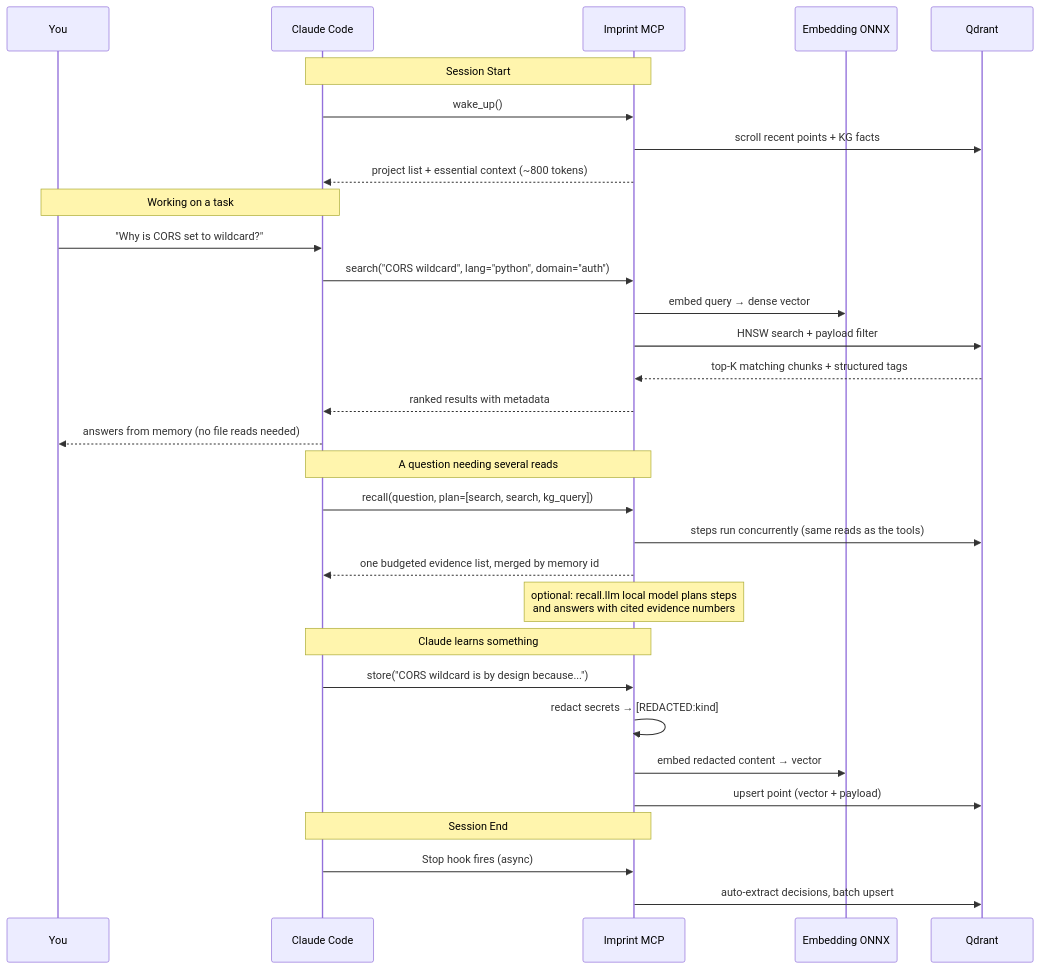
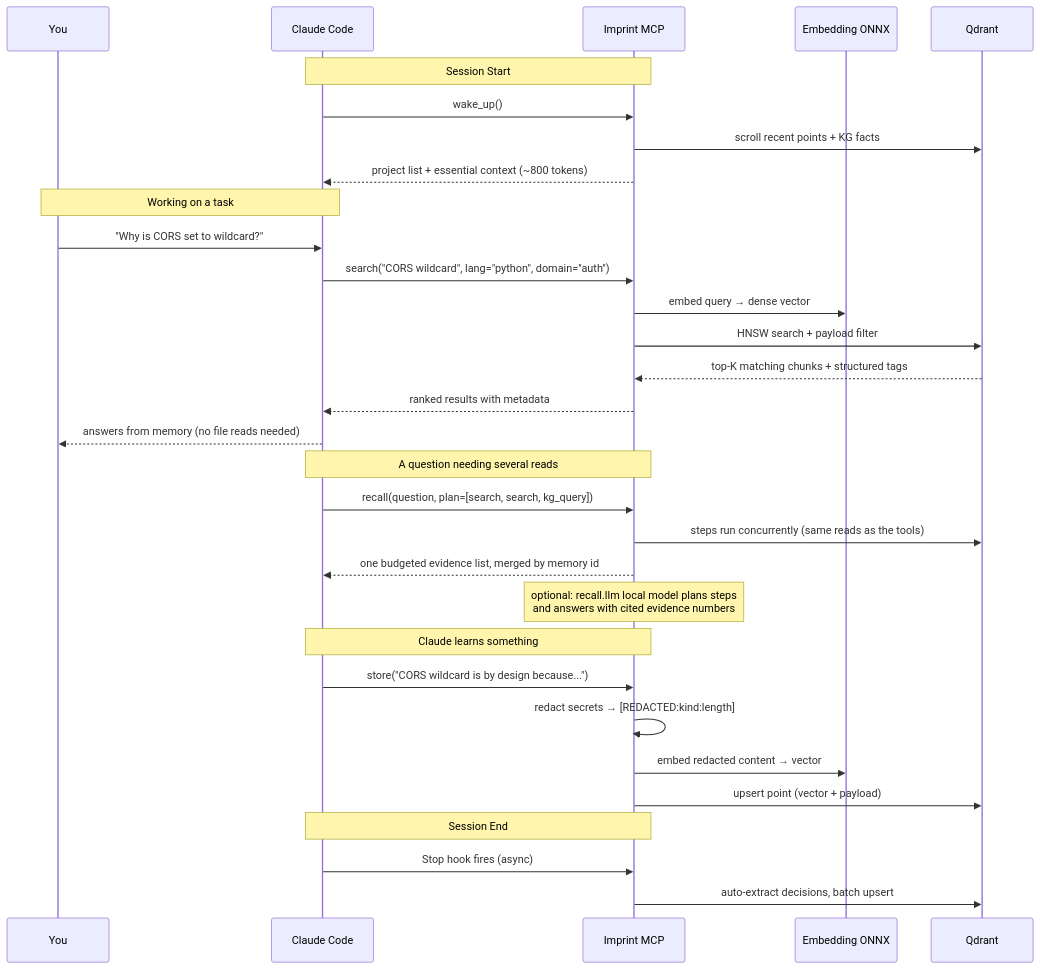
Before and after one commit to alexandruleca/imprint-memory-layer: the second of 3 diagrams in docs/architecture.md, drawn with Mermaid. The commit also changed other lines of this file and 10 other files, not shown here.

First line of the commit message:
docs: scrub propagation, redacted model prompts and length placeholders

````diff
--- a/docs/architecture.md
+++ b/docs/architecture.md
@@ -108,38 +108,38 @@
 ```mermaid
 sequenceDiagram
     participant U as You
     participant C as Claude Code
     participant K as Imprint MCP
     participant E as Embedding ONNX
     participant Q as Qdrant
 
     Note over C,K: Session Start
     C->>K: wake_up()
     K->>Q: scroll recent points + KG facts
     K-->>C: project list + essential context (~800 tokens)
 
     Note over U,C: Working on a task
     U->>C: "Why is CORS set to wildcard?"
     C->>K: search("CORS wildcard", lang="python", domain="auth")
     K->>E: embed query → dense vector
     K->>Q: HNSW search + payload filter
     Q-->>K: top-K matching chunks + structured tags
     K-->>C: ranked results with metadata
     C-->>U: answers from memory (no file reads needed)
 
     Note over C,K: A question needing several reads
     C->>K: recall(question, plan=[search, search, kg_query])
     K->>Q: steps run concurrently (same reads as the tools)
     K-->>C: one budgeted evidence list, merged by memory id
     Note over K: optional: recall.llm local model plans steps<br/>and answers with cited evidence numbers
 
     Note over C,K: Claude learns something
     C->>K: store("CORS wildcard is by design because...")
-    K->>K: redact secrets → [REDACTED:kind]
+    K->>K: redact secrets → [REDACTED:kind:length]
     K->>E: embed redacted content → vector
     K->>Q: upsert point (vector + payload)
 
     Note over C,K: Session End
     C->>K: Stop hook fires (async)
     K->>Q: auto-extract decisions, batch upsert
 ```
````
